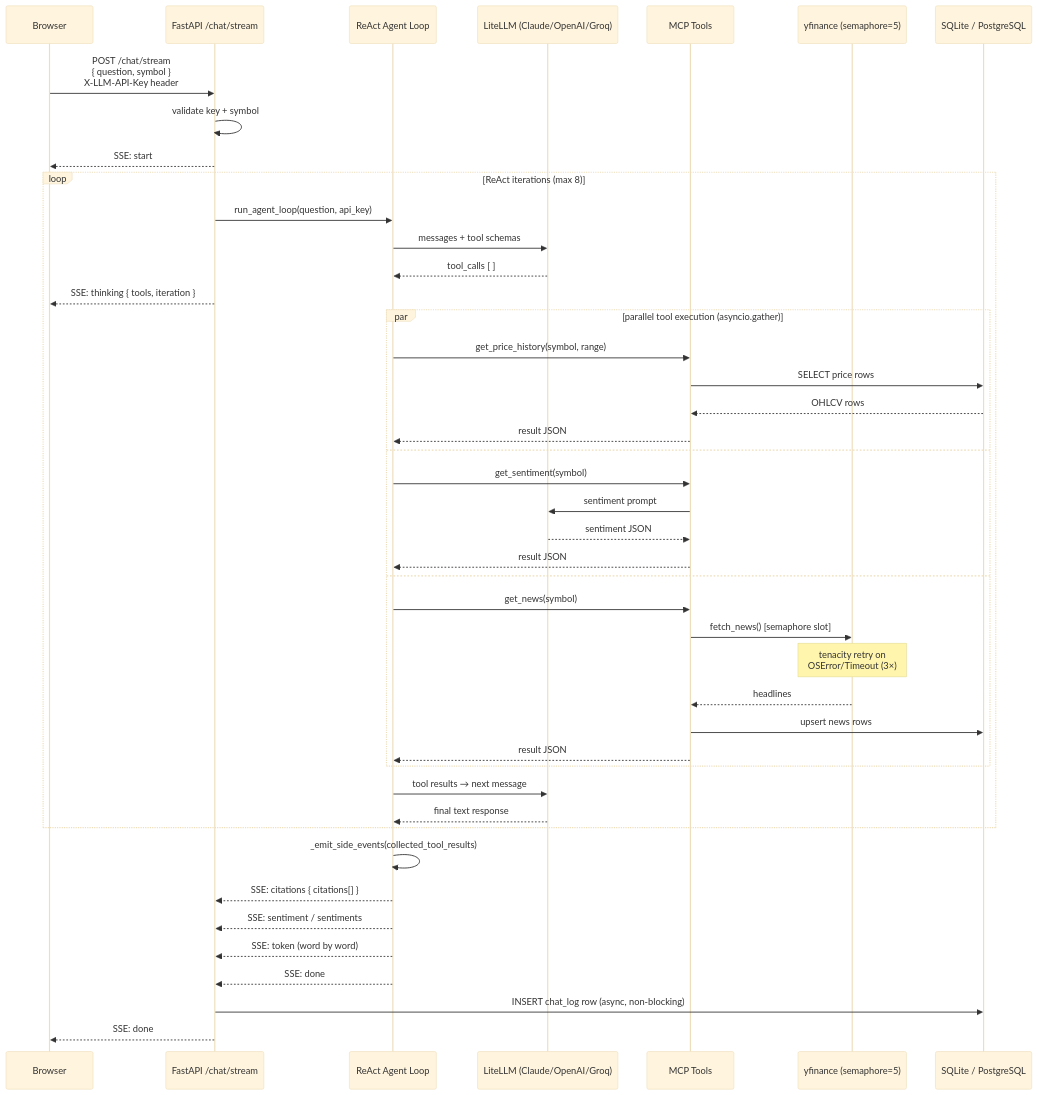
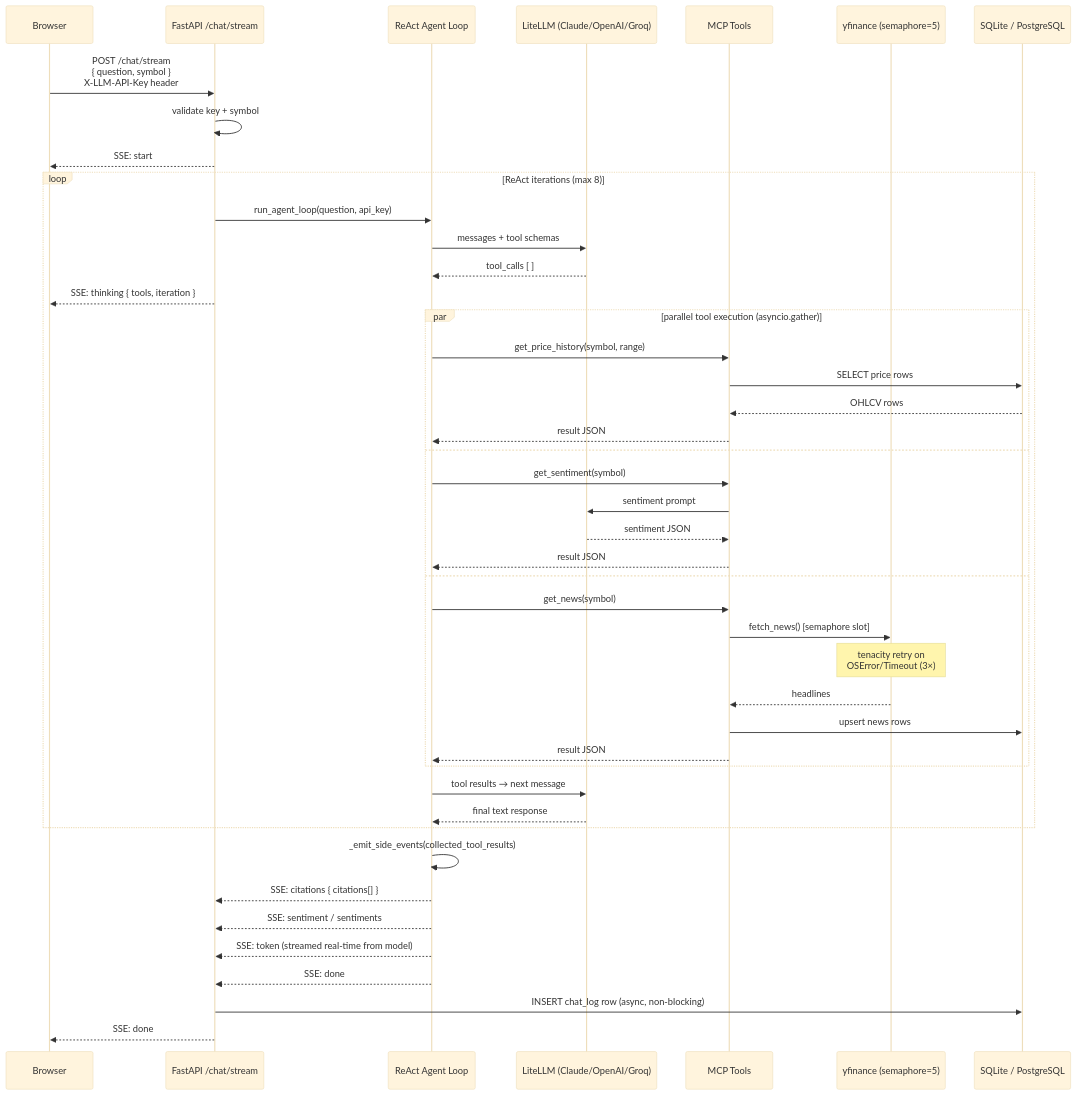
One commit to danielanojan/investorai-mcp changed the diagram in README.md. Above: the diagram before and after it, drawn with Mermaid (base theme). The commit also changed other lines of this file, not shown here.

First line of the commit message:
docs: update README — query router, real streaming TTFT, test counts

````diff
--- a/README.md
+++ b/README.md
@@ -293,53 +295,53 @@
 ```mermaid
 sequenceDiagram
     participant Browser
     participant Router as FastAPI /chat/stream
     participant Agent as ReAct Agent Loop
     participant LLM as LiteLLM (Claude/OpenAI/Groq)
     participant Tools as MCP Tools
     participant YF as yfinance (semaphore=5)
     participant DB as SQLite / PostgreSQL
 
     Browser->>Router: POST /chat/stream<br/>{ question, symbol }<br/>X-LLM-API-Key header
     Router->>Router: validate key + symbol
     Router-->>Browser: SSE: start
 
     loop ReAct iterations (max 8)
         Router->>Agent: run_agent_loop(question, api_key)
         Agent->>LLM: messages + tool schemas
         LLM-->>Agent: tool_calls [ ]
 
         Router-->>Browser: SSE: thinking { tools, iteration }
 
         par parallel tool execution (asyncio.gather)
             Agent->>Tools: get_price_history(symbol, range)
             Tools->>DB: SELECT price rows
             DB-->>Tools: OHLCV rows
             Tools-->>Agent: result JSON
         and
             Agent->>Tools: get_sentiment(symbol)
             Tools->>LLM: sentiment prompt
             LLM-->>Tools: sentiment JSON
             Tools-->>Agent: result JSON
         and
             Agent->>Tools: get_news(symbol)
             Tools->>YF: fetch_news() [semaphore slot]
             note over YF: tenacity retry on<br/>OSError/Timeout (3×)
             YF-->>Tools: headlines
             Tools->>DB: upsert news rows
             Tools-->>Agent: result JSON
         end
 
         Agent->>LLM: tool results → next message
         LLM-->>Agent: final text response
     end
 
     Agent->>Agent: _emit_side_events(collected_tool_results)
     Agent-->>Router: SSE: citations { citations[] }
     Agent-->>Router: SSE: sentiment / sentiments
-    Agent-->>Router: SSE: token (word by word)
+    Agent-->>Router: SSE: token (streamed real-time from model)
     Agent-->>Router: SSE: done
 
     Router->>DB: INSERT chat_log row (async, non-blocking)
     Router-->>Browser: SSE: done
 ```
````
